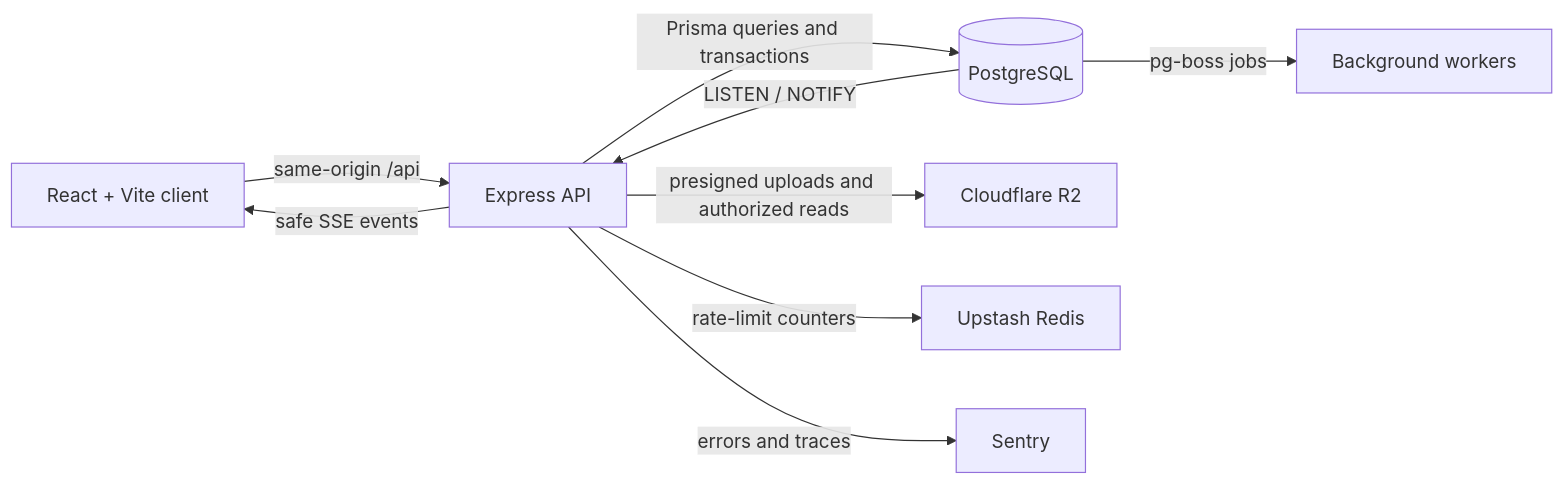
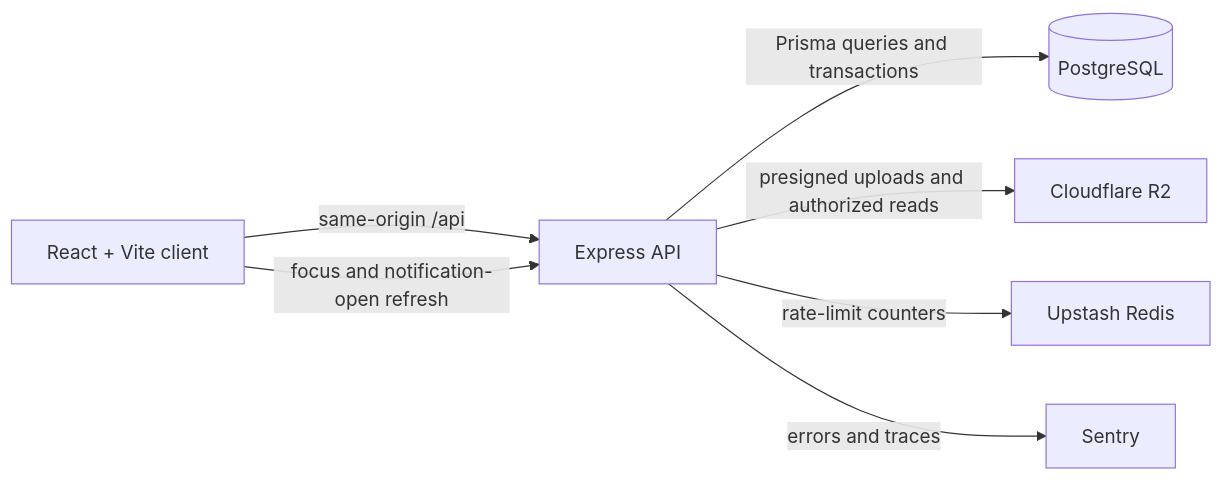
The diagram in README.md (sen0mar/loresafe), drawn with Mermaid before and after one commit. The commit also changed other lines of this file and 65 other files, not shown here.

````diff
--- a/README.md
+++ b/README.md
@@ -57,11 +57,9 @@
 ```mermaid
 flowchart LR
     Browser["React + Vite client"] -->|"same-origin /api"| API["Express API"]
     API -->|"Prisma queries and transactions"| PostgreSQL[(PostgreSQL)]
     API -->|"presigned uploads and authorized reads"| R2["Cloudflare R2"]
     API -->|"rate-limit counters"| Redis["Upstash Redis"]
     API -->|"errors and traces"| Sentry["Sentry"]
-    PostgreSQL -->|"pg-boss jobs"| Workers["Background workers"]
-    PostgreSQL -->|"LISTEN / NOTIFY"| API
-    API -->|"safe SSE events"| Browser
+    Browser -->|"focus and notification-open refresh"| API
 ```
````
